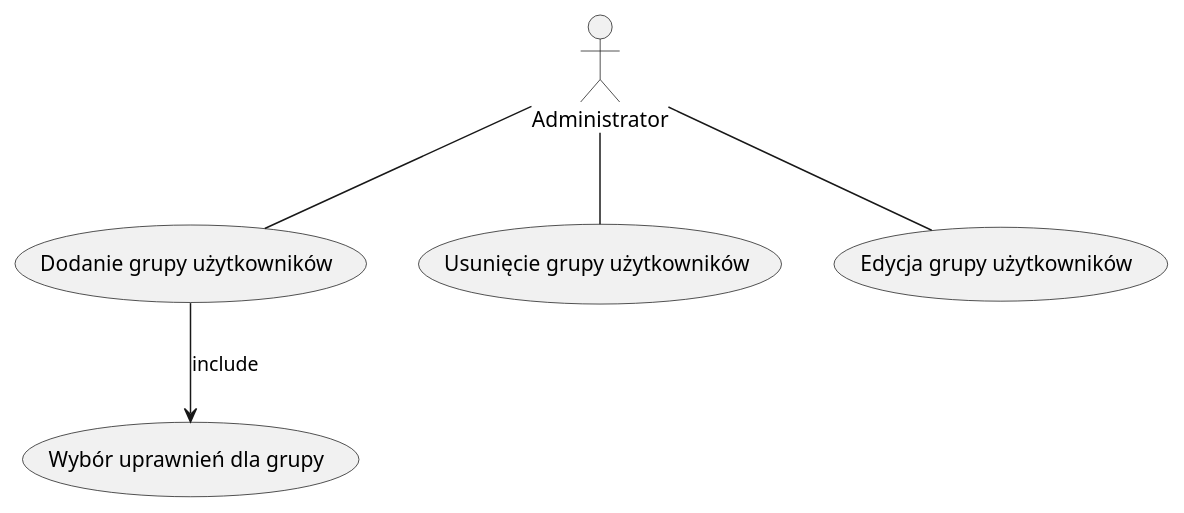
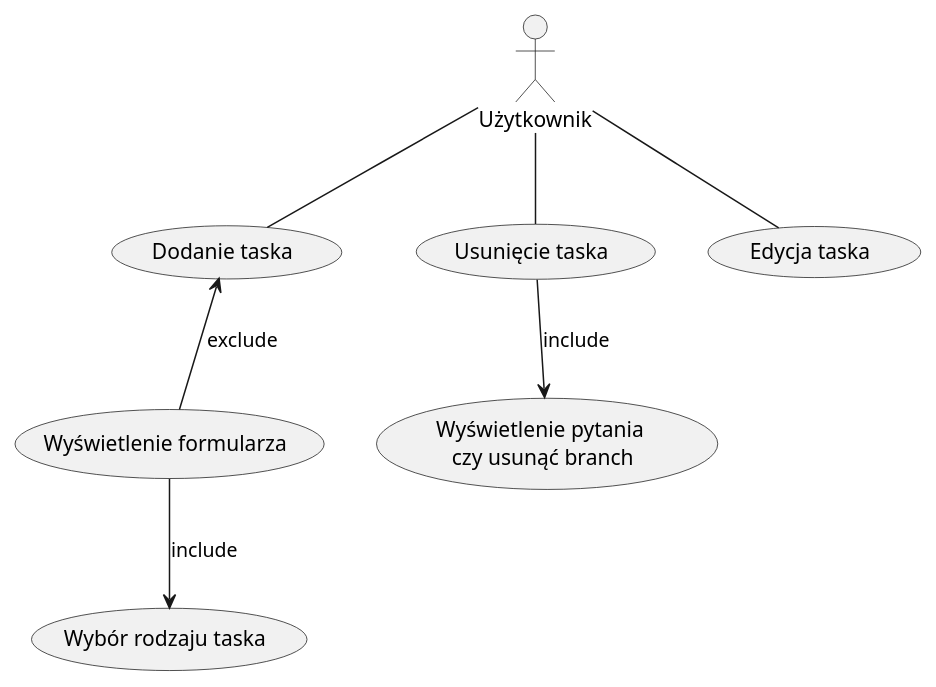
The first of 6 diagrams in docs/funkcjonalnosci/aplikacja/task.md (BurdalskiBartosz/effective-combine), drawn with PlantUML before and after one commit. The commit also changed other lines of this file and 4 other files, not shown here.

```diff
--- a/docs/funkcjonalnosci/aplikacja/task.md
+++ b/docs/funkcjonalnosci/aplikacja/task.md
@@ -41,8 +10,10 @@
 @startuml
-actor Administrator
+actor Użytkownik
 
-Administrator -- (Dodanie grupy użytkowników)
-(Dodanie grupy użytkowników) --> (Wybór uprawnień dla grupy) : include
-Administrator -- (Usunięcie grupy użytkowników)
-Administrator -- (Edycja grupy użytkowników)
+Użytkownik -- (Dodanie taska)
+(Dodanie taska) <-- (Wyświetlenie formularza) : exclude
+(Wyświetlenie formularza) --> (Wybór rodzaju taska) : include
+Użytkownik -- (Usunięcie taska)
+(Usunięcie taska) --> (Wyświetlenie pytania \nczy usunąć branch) : include
+Użytkownik -- (Edycja taska)
 @enduml
```
